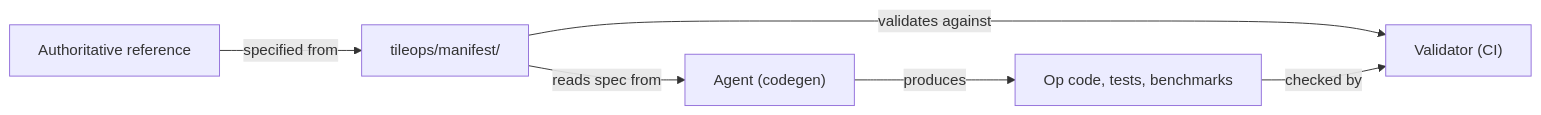
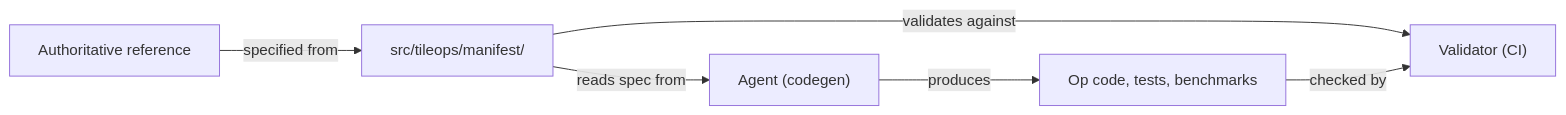
The diagram in docs/design/manifest.md (tile-ai/TileOPs), drawn with Mermaid before and after one commit. The commit also changed other lines of this file and 324 other files, not shown here.

````diff
--- a/docs/design/manifest.md
+++ b/docs/design/manifest.md
@@ -15,8 +15,8 @@
 ```mermaid
 flowchart LR
-    R["Authoritative reference"] -->|specified from| M["tileops/manifest/"]
+    R["Authoritative reference"] -->|specified from| M["src/tileops/manifest/"]
     M -->|reads spec from| A["Agent (codegen)"]
     A -->|produces| C["Op code, tests, benchmarks"]
     M -->|validates against| V["Validator (CI)"]
     C -->|checked by| V
 ```
````
